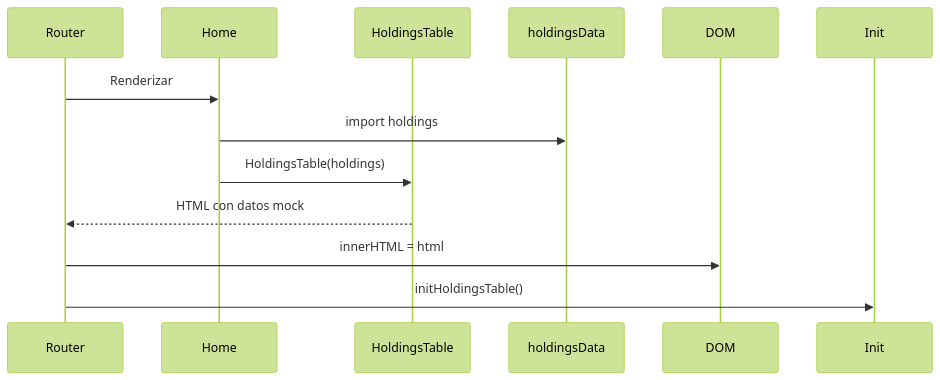
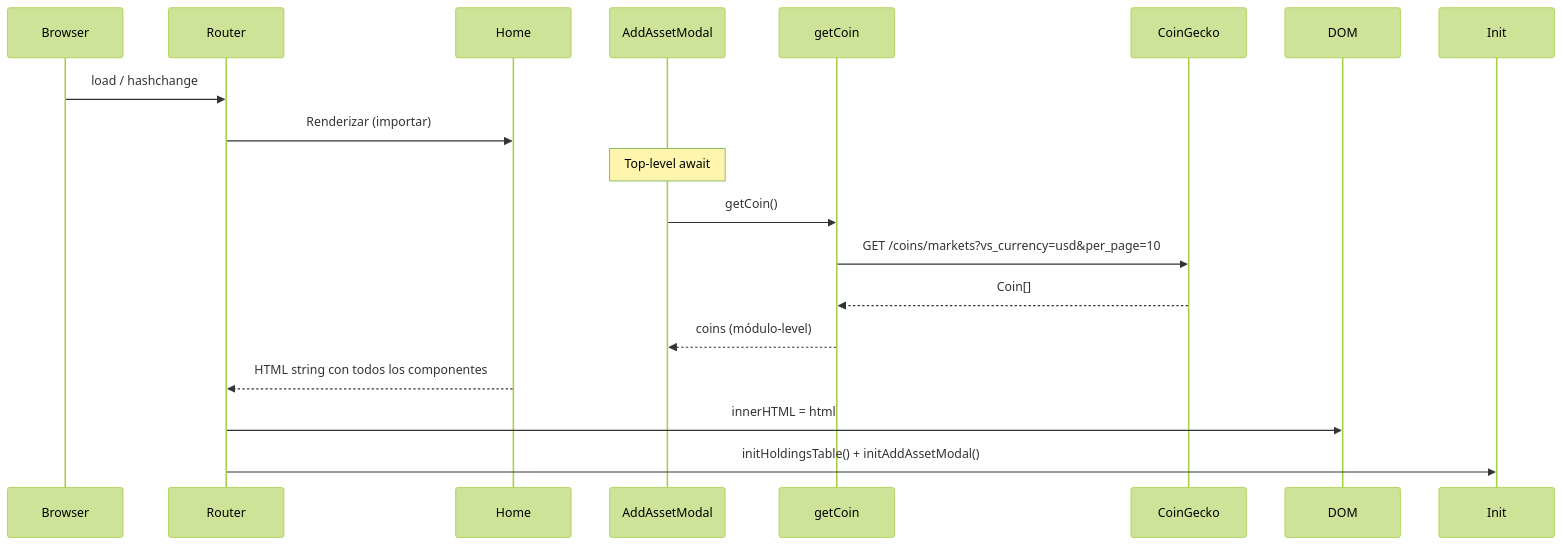
One commit to EdGonzz/caletaJS changed the second of 4 diagrams in docs/arquitectura/flujo-de-datos.md. Above: the diagram before and after it, drawn with Mermaid (forest theme). The commit also changed other lines of this file and 14 other files, not shown here.

````diff
--- a/docs/arquitectura/flujo-de-datos.md
+++ b/docs/arquitectura/flujo-de-datos.md
@@ -61,14 +67,20 @@
 ```mermaid
 sequenceDiagram
+    participant Browser
     participant Router
     participant Home
-    participant HoldingsTable
-    participant holdingsData
+    participant AddAssetModal
+    participant getCoin
+    participant API as CoinGecko
 
-    Router->>Home: Renderizar
-    Home->>holdingsData: import holdings
-    Home->>HoldingsTable: HoldingsTable(holdings)
-    HoldingsTable-->>Router: HTML con datos mock
+    Browser->>Router: load / hashchange
+    Router->>Home: Renderizar (importar)
+    Note over AddAssetModal: Top-level await
+    AddAssetModal->>getCoin: getCoin()
+    getCoin->>API: GET /coins/markets?vs_currency=usd&per_page=10
+    API-->>getCoin: Coin[]
+    getCoin-->>AddAssetModal: coins (módulo-level)
+    Home-->>Router: HTML string con todos los componentes
     Router->>DOM: innerHTML = html
-    Router->>Init: initHoldingsTable()
+    Router->>Init: initHoldingsTable() + initAddAssetModal()
 ```
````
